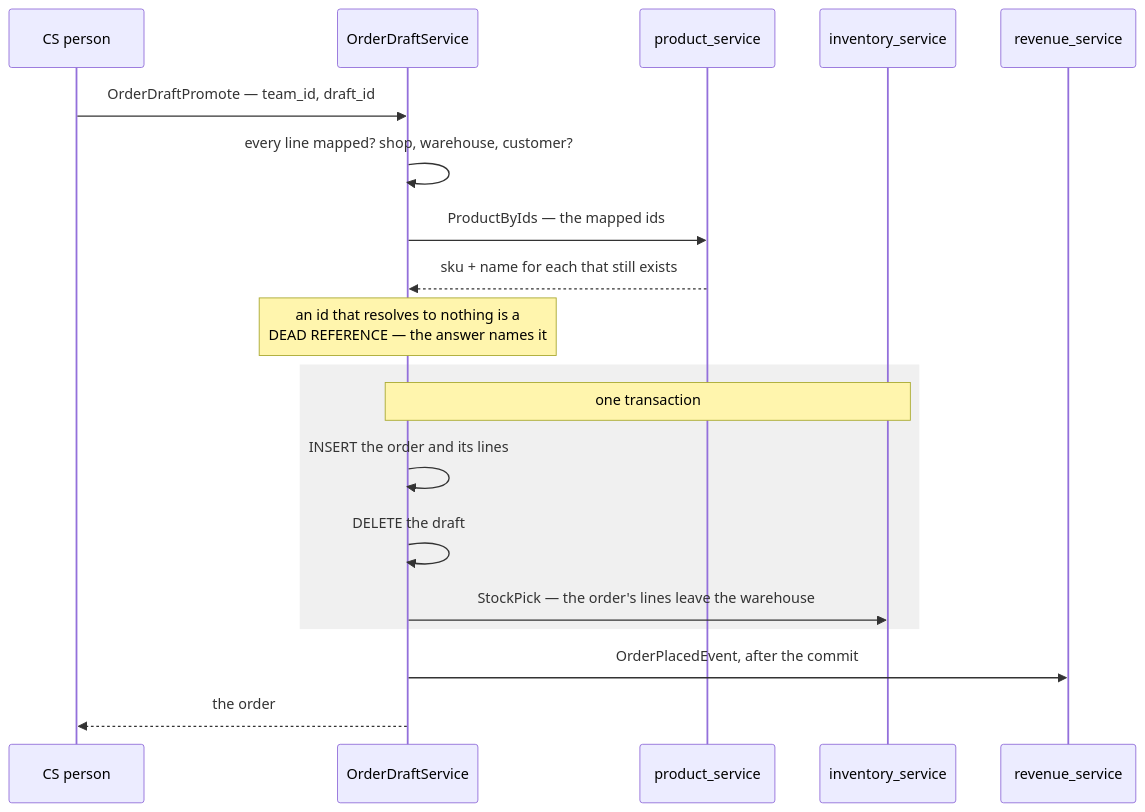
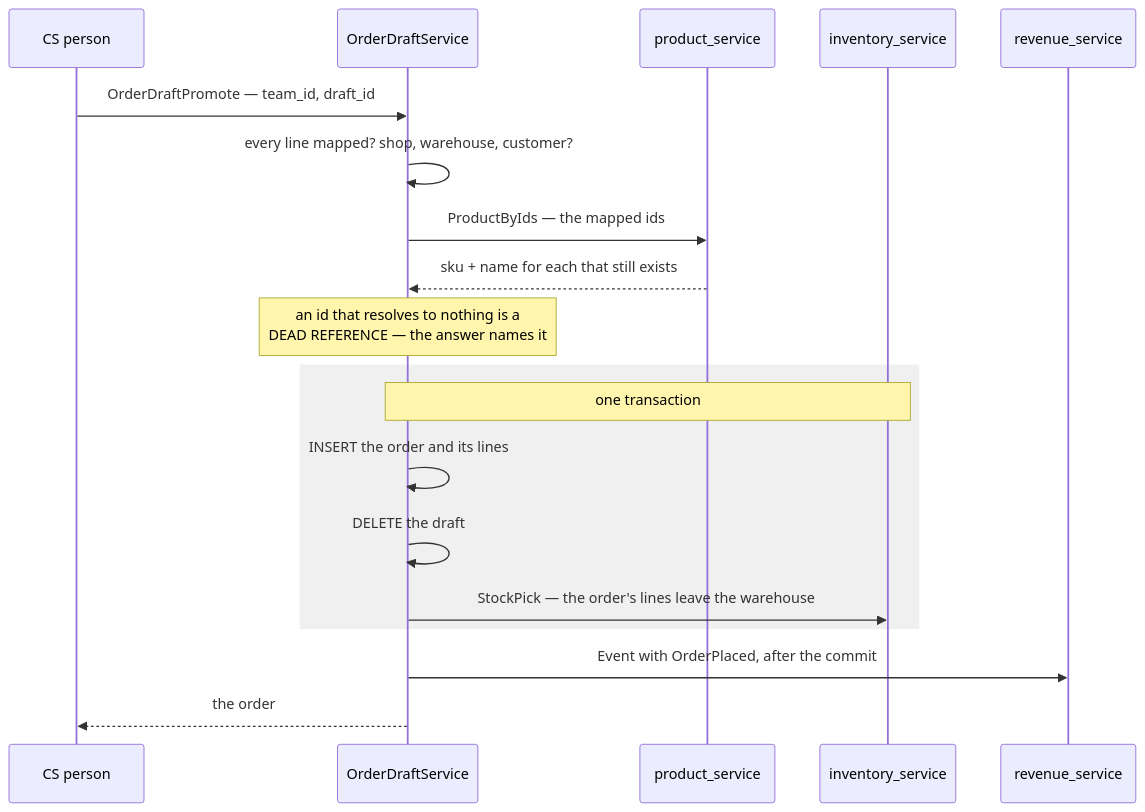
The sixth of 6 diagrams in docs/services/selling_service/rpc.md (pdcgo/warehouse_revamp), drawn with Mermaid before and after one commit. The commit also changed other lines of this file and 38 other files, not shown here.

````diff
--- a/docs/services/selling_service/rpc.md
+++ b/docs/services/selling_service/rpc.md
@@ -369,22 +374,22 @@
 ```mermaid
 sequenceDiagram
     participant CS as CS person
     participant D as OrderDraftService
     participant P as product_service
     participant I as inventory_service
     participant R as revenue_service
 
     CS->>D: OrderDraftPromote — team_id, draft_id
     D->>D: every line mapped? shop, warehouse, customer?
     D->>P: ProductByIds — the mapped ids
     P-->>D: sku + name for each that still exists
     Note over D: an id that resolves to nothing is a<br/>DEAD REFERENCE — the answer names it
     rect rgb(240, 240, 240)
         Note over D,I: one transaction
         D->>D: INSERT the order and its lines
         D->>D: DELETE the draft
         D->>I: StockPick — the order's lines leave the warehouse
     end
-    D->>R: OrderPlacedEvent, after the commit
+    D->>R: Event with OrderPlaced, after the commit
     D-->>CS: the order
 ```
````
